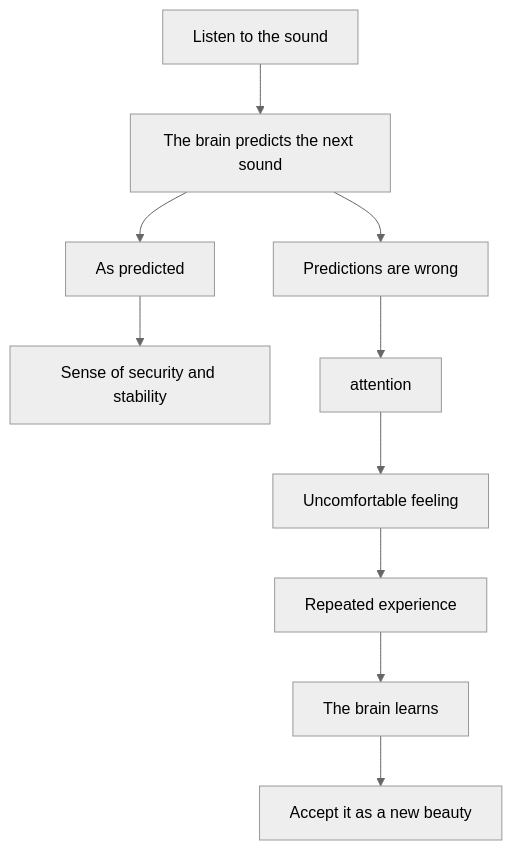
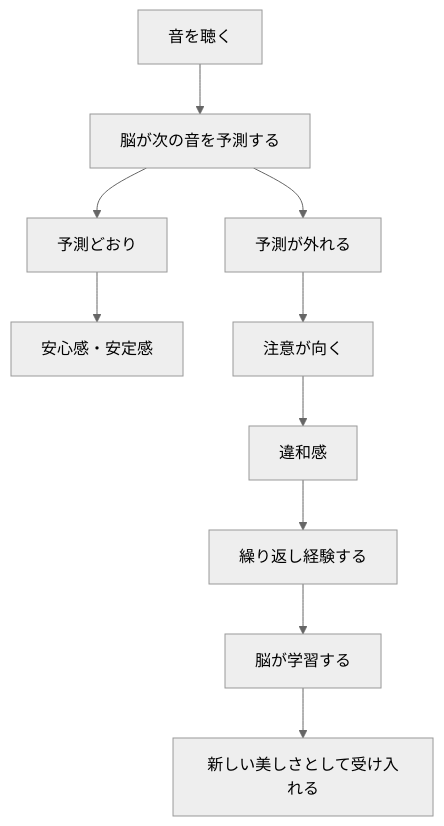
Before and after one commit to monumental-movement/monumental-movement.github.io: the second of 3 diagrams in en/_posts/2026-07-11-column-microtonality-as-emotional-disruption.md, drawn with Mermaid (neutral theme). The commit also changed other lines of this file and 2196 other files, not shown here.

```diff
--- a/en/_posts/2026-07-11-column-microtonality-as-emotional-disruption.md
+++ b/en/_posts/2026-07-11-column-microtonality-as-emotional-disruption.md
@@ -665,15 +664,15 @@
 <div class="mermaid">
 flowchart TD
 
-A["Listen to the sound"] --> B["The brain predicts the next sound"]
-B --> C["As predicted"]
-B --> D["Predictions are wrong"]
+A["音を聴く"] --> B["脳が次の音を予測する"]
+B --> C["予測どおり"]
+B --> D["予測が外れる"]
 
-C --> E["Sense of security and stability"]
+C --> E["安心感・安定感"]
 
-D --> F["attention"]
-F --> G["Uncomfortable feeling"]
-G --> H["Repeated experience"]
-H --> I["The brain learns"]
-I --> J["Accept it as a new beauty"]
+D --> F["注意が向く"]
+F --> G["違和感"]
+G --> H["繰り返し経験する"]
+H --> I["脳が学習する"]
+I --> J["新しい美しさとして受け入れる"]
 </div>
```
